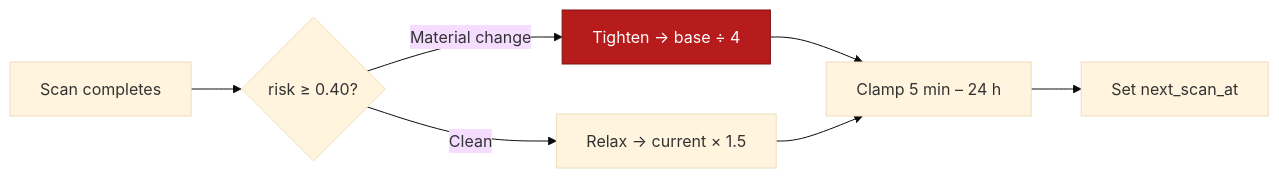
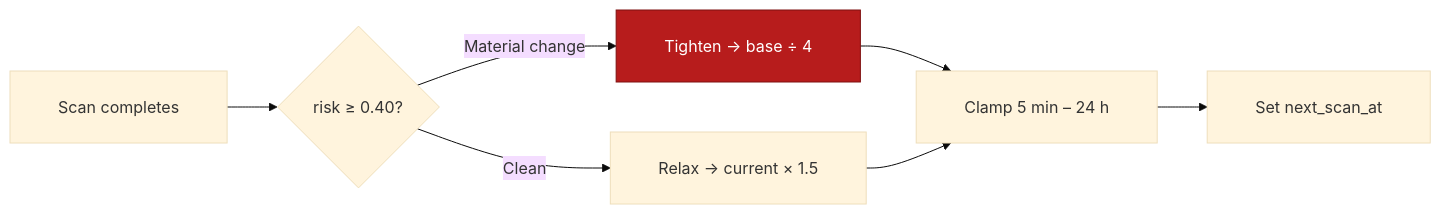
The second of 2 diagrams in docs/detection-layers.mdx (Ns81000/WARDRESS), drawn with Mermaid (base theme) before and after one commit. The commit also changed 1 other file, not shown here.

Commit message:
docs: add Mermaid-compatible CSS and document detection pipeline architecture

````diff
--- a/docs/detection-layers.mdx
+++ b/docs/detection-layers.mdx
@@ -79,12 +79,13 @@
 ```mermaid actions={true}
+%%{init: {'flowchart': {'padding': 24}}}%%
 flowchart LR
     SCAN[Scan completes] --> Q{risk ≥ 0.40?}
     Q -->|Material change| T["Tighten → base ÷ 4"]
     Q -->|Clean| R["Relax → current × 1.5"]
     T --> C[Clamp 5 min – 24 h]
     R --> C
     C --> N[Set next_scan_at]
 
     classDef hot fill:#b71c1c,stroke:#7f1010,color:#fff;
     class T hot;
 ```
````
